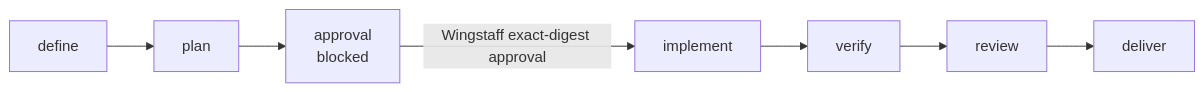
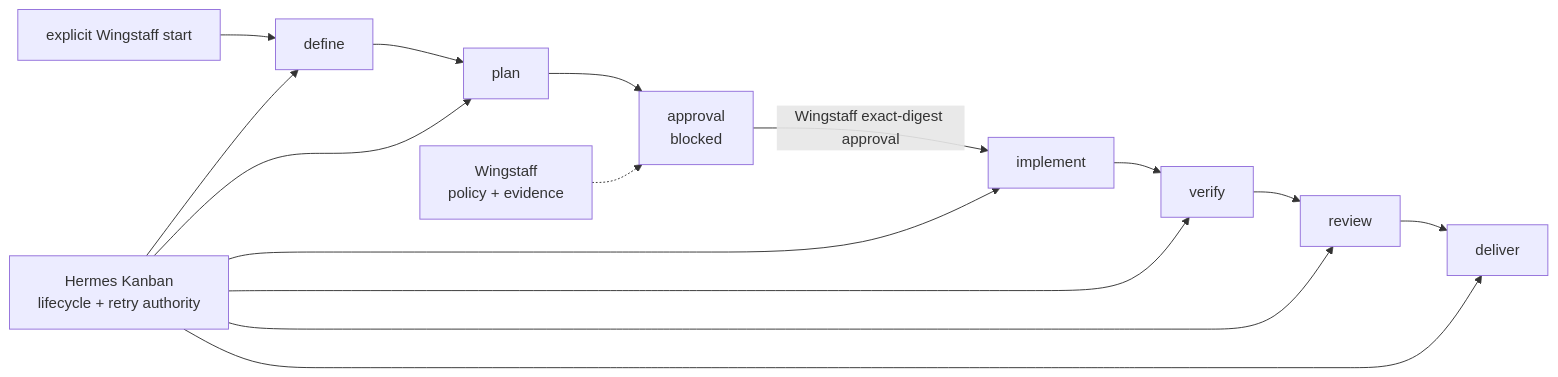
One commit to forgegod/daidala changed the diagram in docs/README.md. Above: the diagram before and after it, drawn with Mermaid. The commit also changed other lines of this file and 14 other files, not shown here.

````diff
--- a/docs/README.md
+++ b/docs/README.md
@@ -49,9 +33,18 @@
 ```mermaid
 flowchart LR
-    DF["define"] --> P["plan"]
+    S["explicit Wingstaff start"] --> D["define"]
+    D --> P["plan"]
     P --> G["approval<br>blocked"]
     G -->|"Wingstaff exact-digest approval"| I["implement"]
     I --> V["verify"]
     V --> R["review"]
     R --> DL["deliver"]
+
+    H["Hermes Kanban<br>lifecycle + retry authority"] --> D
+    H --> P
+    H --> I
+    H --> V
+    H --> R
+    H --> DL
+    W["Wingstaff<br>policy + evidence"] -.-> G
 ```
````
